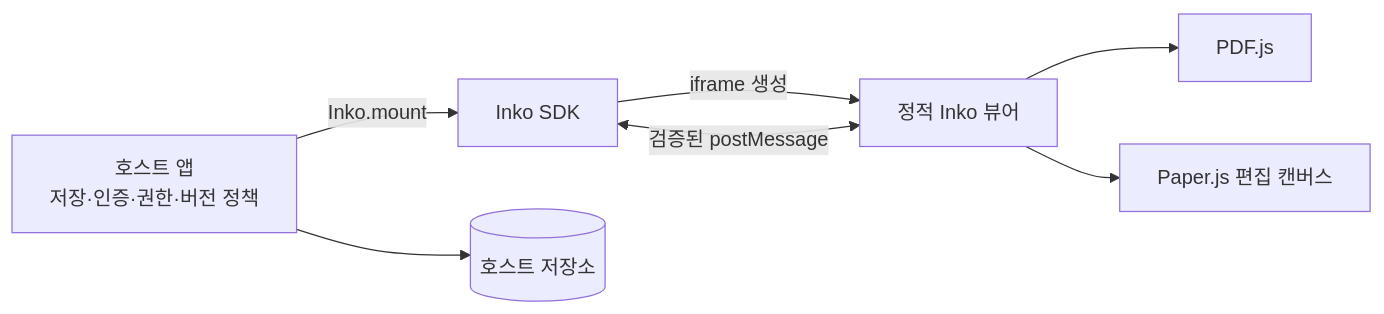
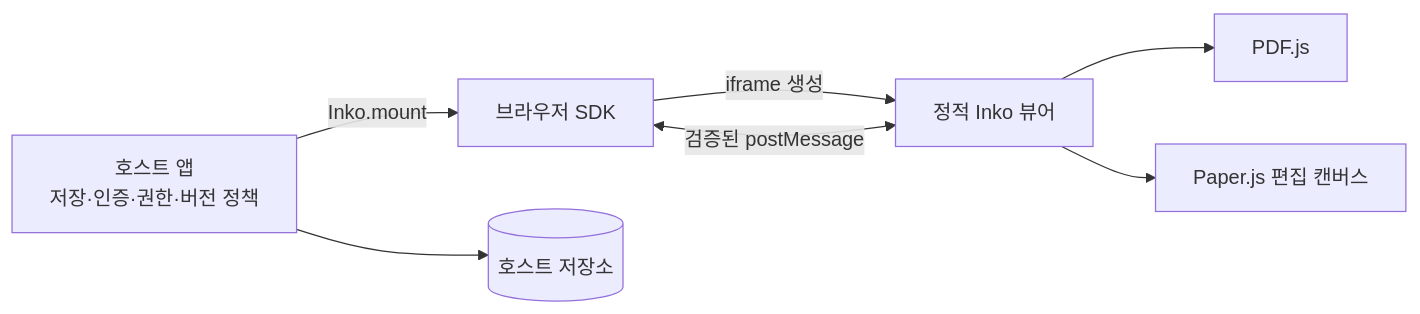
One commit to sinabin/inko-sdk changed the first of 3 diagrams in docs/architecture.md. Above: the diagram before and after it, drawn with Mermaid. The commit also changed other lines of this file and 141 other files, not shown here.

````diff
--- a/docs/architecture.md
+++ b/docs/architecture.md
@@ -6,9 +7,9 @@
 ```mermaid
 flowchart LR
-  Host[호스트 앱\n저장·인증·권한·버전 정책] -->|Inko.mount| SDK[Inko SDK]
+  Host[호스트 앱\n저장·인증·권한·버전 정책] -->|Inko.mount| SDK[브라우저 SDK]
   SDK -->|iframe 생성| Viewer[정적 Inko 뷰어]
   SDK <-->|검증된 postMessage| Viewer
   Viewer --> PDF[PDF.js]
   Viewer --> Canvas[Paper.js 편집 캔버스]
   Host --> Storage[(호스트 저장소)]
 ```
````
